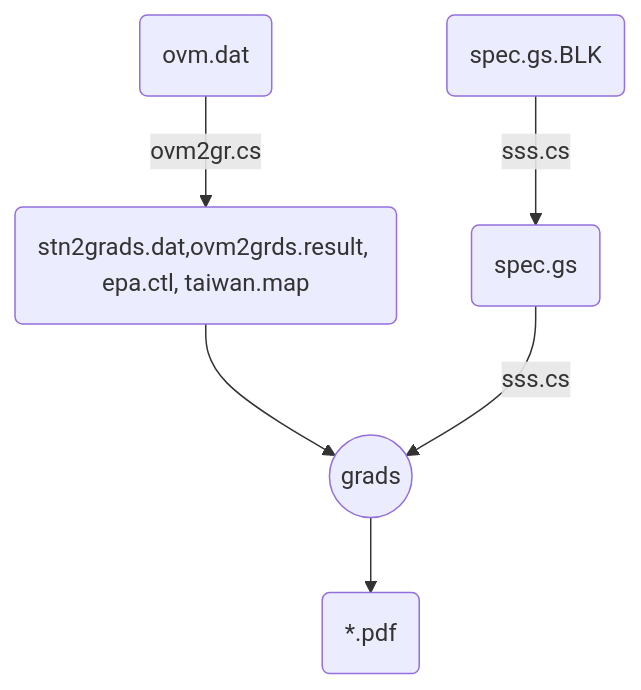
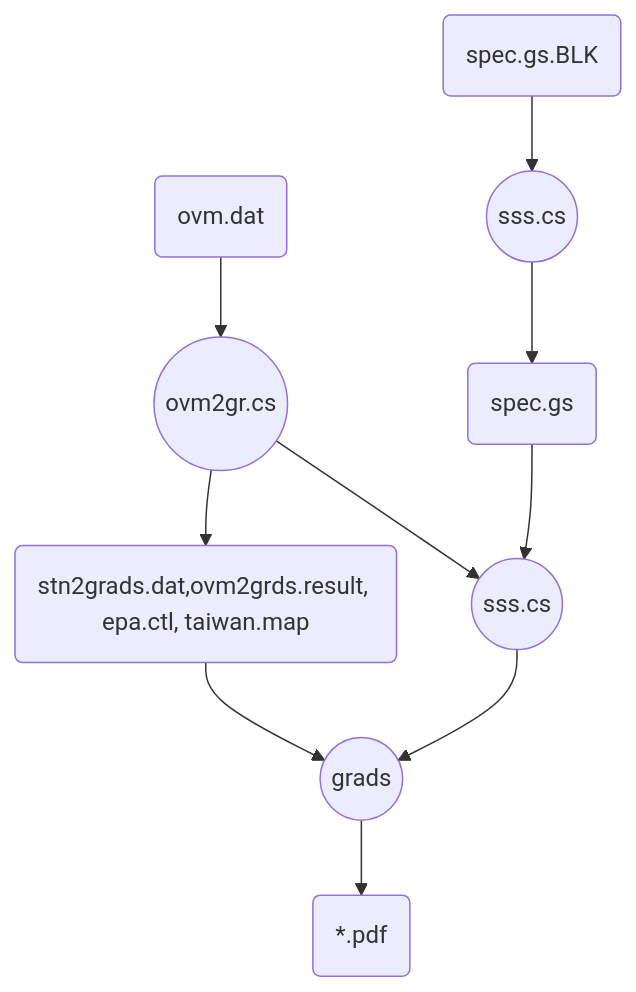
The first of 3 diagrams in _posts/2022-07-21-ovm2grads.md (sinotec2/FAQ), drawn with Mermaid before and after one commit. The commit also changed other lines of this file, not shown here.

````diff
--- a/_posts/2022-07-21-ovm2grads.md
+++ b/_posts/2022-07-21-ovm2grads.md
@@ -23,8 +23,12 @@
 ```mermaid
 graph TD
-    A(ovm.dat) -- ovm2gr.cs --> B(stn2grads.dat,ovm2grds.result, epa.ctl, taiwan.map)
-    D(spec.gs.BLK) -- sss.cs --> C(spec.gs)
+    A(ovm.dat) --> G((ovm2gr.cs))
+    G --> B(stn2grads.dat,ovm2grds.result, epa.ctl, taiwan.map)
+    D(spec.gs.BLK) --> H((sss.cs))
+    H --> C(spec.gs)
     B --> E((grads))
-    C -- sss.cs --> E
+    C --> I((sss.cs))
+    G --> I
+    I --> E
     E --> F(*.pdf)
 ```
````
